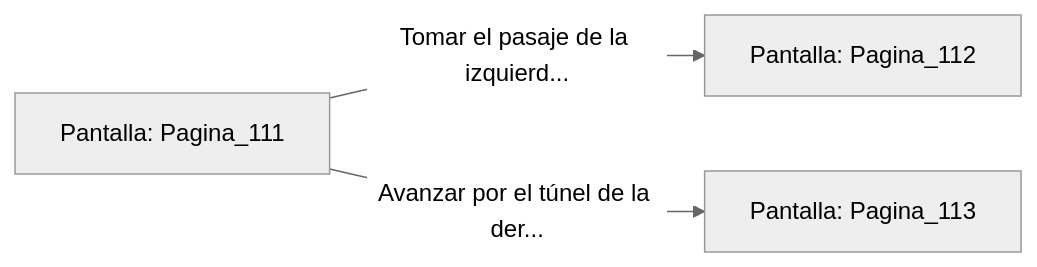
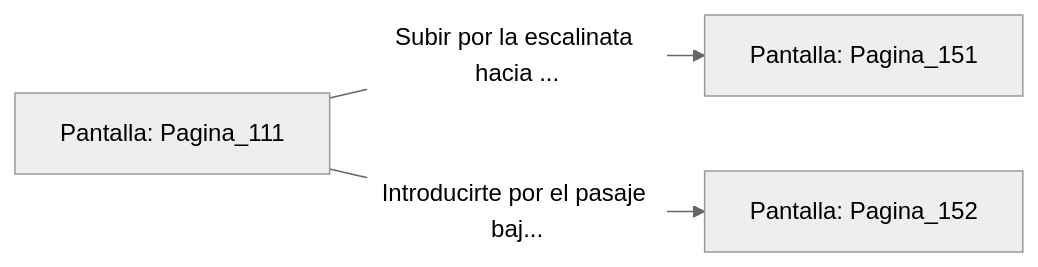
The diagram in sample/eligejuego-vault/Pantalla_Pagina_111.md (metsuke/mpl), drawn with Mermaid (neutral theme) before and after one commit. The commit also changed other lines of this file and 635 other files, not shown here.

First line of the commit message:
fix: añadir Pagina_1 como pantalla inicial en capitulo_01.mpl

````diff
--- a/sample/eligejuego-vault/Pantalla_Pagina_111.md
+++ b/sample/eligejuego-vault/Pantalla_Pagina_111.md
@@ -20,6 +24,6 @@
 ```mermaid
 graph LR
     P_Pagina_111["Pantalla: Pagina_111"]
-    P_Pagina_111 -->|"Tomar el pasaje de la izquierd..."| P_Pagina_112["Pantalla: Pagina_112"]
-    P_Pagina_111 -->|"Avanzar por el túnel de la der..."| P_Pagina_113["Pantalla: Pagina_113"]
+    P_Pagina_111 -->|"Subir por la escalinata hacia ..."| P_Pagina_151["Pantalla: Pagina_151"]
+    P_Pagina_111 -->|"Introducirte por el pasaje baj..."| P_Pagina_152["Pantalla: Pagina_152"]
 ```
````
